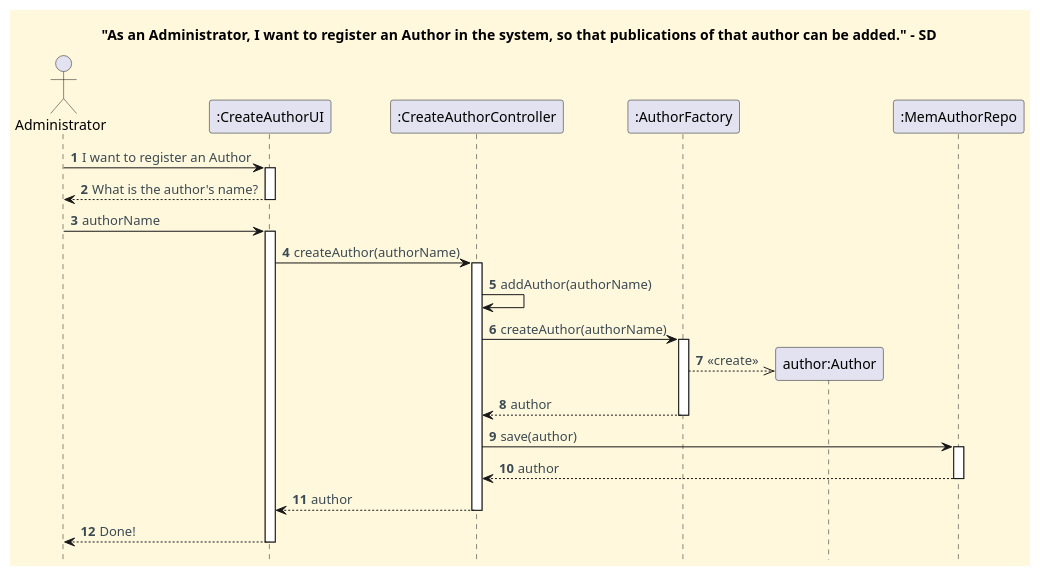
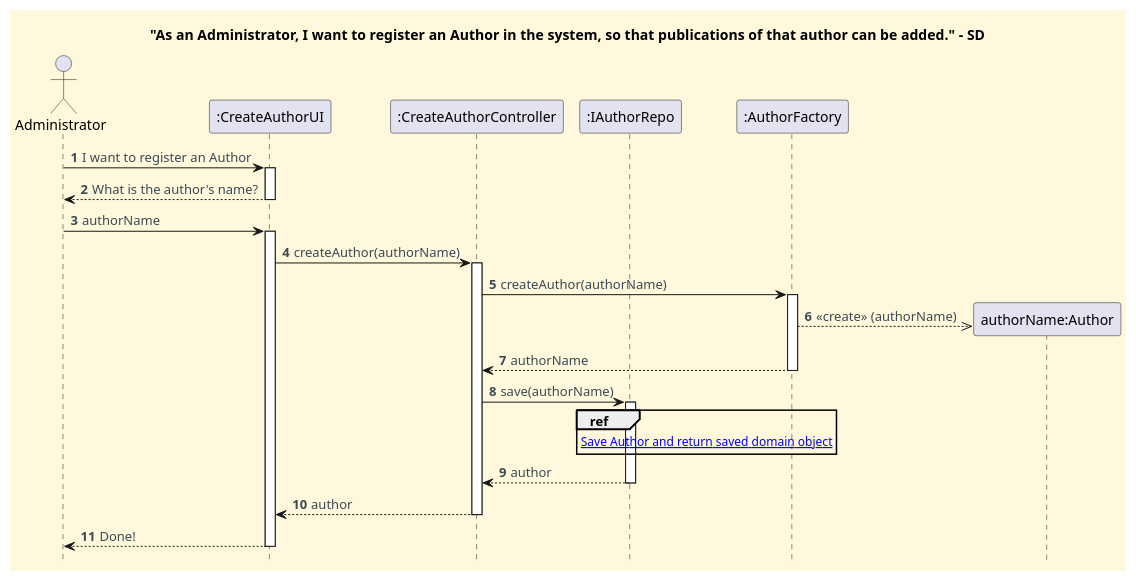
Before and after one commit to CarolinaLeite-collab/JavaMarketplacePlatform: the diagram in docs/functionalities/admin/register-author/To_Register_An_Author_SD.puml, drawn with PlantUML. The commit also changed 2 other files, not shown here.

Commit message:
docs: updated SD and CD in Register Author functionality to reflect new persistence implementation, closes #782

```diff
--- a/docs/functionalities/admin/register-author/To_Register_An_Author_SD.puml
+++ b/docs/functionalities/admin/register-author/To_Register_An_Author_SD.puml
@@ -1,60 +1,67 @@
 @startuml
 '==== Title ====
 title "As an Administrator, I want to register an Author in the system, so that publications of that author can be added." - SD
 
 
 '==== basic style ====
 skinparam monochrome false
 skinparam shadowing false
 skinparam defaultFontName Futura
 skinparam objectFontSize 20
 skinparam backgroundColor CornSilk
 skinparam objectBackgroundColor WhiteSmoke
 skinparam noteBackgroundColor #FFFFE0
 skinparam ArrowFontColor #3B4953
 skinparam ActivationBackgroundColor black
 hidefootbox
 autonumber
 autoactivate off
 
 
 ' ==== Actor and participants ====
 actor Administrator
+participant ":CreateAuthorUI" as UI
+participant ":CreateAuthorController" as CTL
+participant ":IAuthorRepo" as IA
+participant ":AuthorFactory" as factory
 
 
 '==== UI interaction ====
-Administrator -> ":CreateAuthorUI": I want to register an Author
-activate ":CreateAuthorUI"
+Administrator -> UI: I want to register an Author
+activate UI
 
-":CreateAuthorUI" --> Administrator: What is the author's name?
-deactivate ":CreateAuthorUI"
+UI --> Administrator: What is the author's name?
+deactivate UI
 
-Administrator -> ":CreateAuthorUI": authorName
-activate ":CreateAuthorUI"
+Administrator -> UI: authorName
+activate UI
 
-":CreateAuthorUI" -> ":CreateAuthorController": createAuthor(authorName)
+UI -> CTL: createAuthor(authorName)
 
-activate ":CreateAuthorController"
-":CreateAuthorController"-> ":CreateAuthorController": addAuthor(authorName)
+activate CTL
 
-":CreateAuthorController" -> ":AuthorFactory": createAuthor(authorName)
+CTL -> factory: createAuthor(authorName)
 
-activate ":AuthorFactory"
-create "author:Author"
-":AuthorFactory" -->> "author:Author": <<create>>
-":AuthorFactory" --> ":CreateAuthorController": author
-deactivate ":AuthorFactory"
+activate factory
+create "authorName:Author"
+factory -->> "authorName:Author": <<create>> (authorName)
+factory --> CTL: authorName
+deactivate factory
 
-":CreateAuthorController" -> ":MemAuthorRepo": save(author)
-activate ":MemAuthorRepo"
+CTL -> IA: save(authorName)
+activate IA
 
-":MemAuthorRepo" --> ":CreateAuthorController": author
-deactivate ":MemAuthorRepo"
+ref over IA
+[[sd-ref-diagrams/Save_Author.puml Save Author and return saved domain object]]
+end ref
 
-":CreateAuthorController" --> ":CreateAuthorUI": author
-deactivate ":CreateAuthorController"
+IA --> CTL: author
+deactivate IA
 
-":CreateAuthorUI" --> Administrator: Done!
-deactivate ":CreateAuthorUI"
+CTL --> UI: author
+deactivate CTL
+
+UI --> Administrator: Done!
+deactivate UI
 
 @enduml
```
